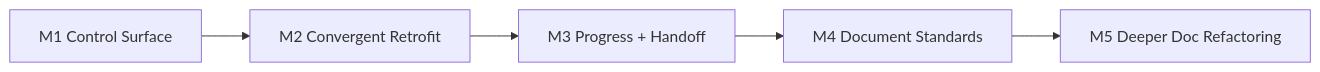
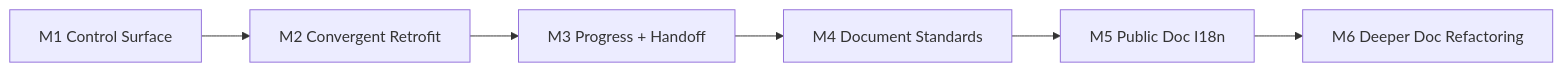
One commit to redcreen/project-assistant changed the diagram in docs/roadmap.md. Above: the diagram before and after it, drawn with Mermaid. The commit also changed other lines of this file and 19 other files, not shown here.

````diff
--- a/docs/roadmap.md
+++ b/docs/roadmap.md
@@ -27,7 +30,8 @@
 ```mermaid
 flowchart LR
     M1["M1 Control Surface"] --> M2["M2 Convergent Retrofit"]
     M2 --> M3["M3 Progress + Handoff"]
     M3 --> M4["M4 Document Standards"]
-    M4 --> M5["M5 Deeper Doc Refactoring"]
+    M4 --> M5["M5 Public Doc I18n"]
+    M5 --> M6["M6 Deeper Doc Refactoring"]
 ```
````
